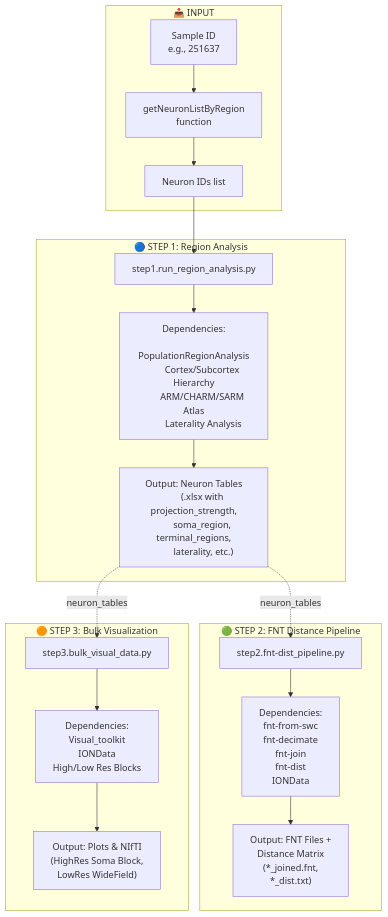
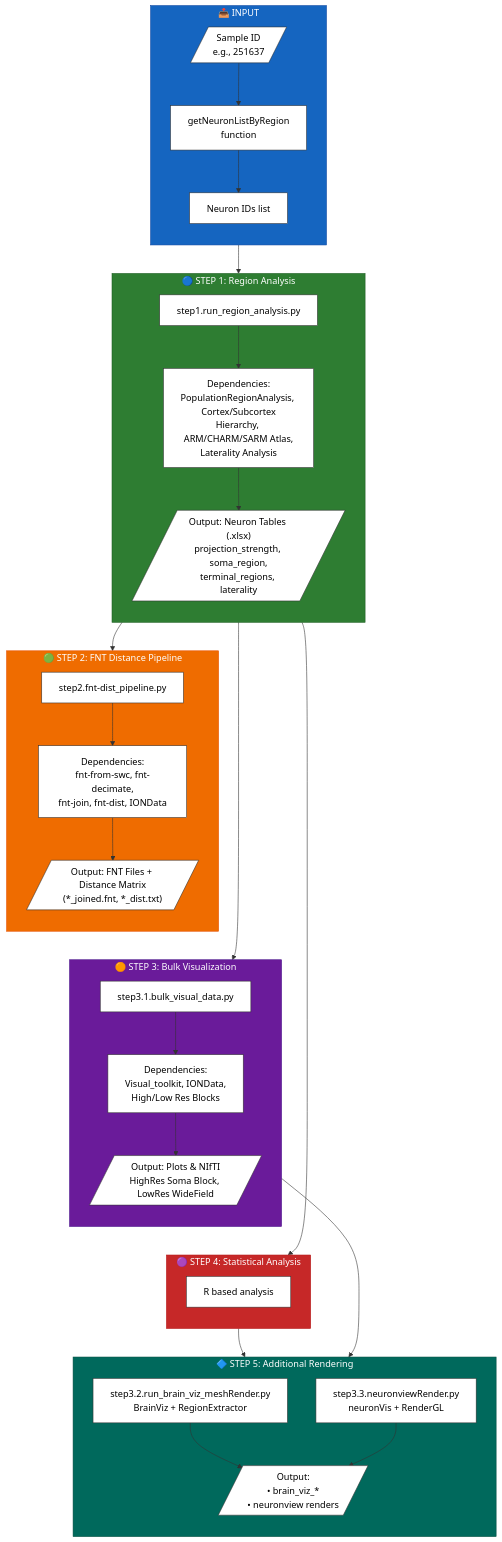
One commit to InteroAnat/projectome_analysis changed the first of 8 diagrams in main_scripts/PIPELINE_MINDMAP.md. Above: the diagram before and after it, drawn with Mermaid. The commit also changed other lines of this file and 25 other files, not shown here.

First line of the commit message:
docs: update pipeline documentation with Step 5 Additional Rendering

````diff
--- a/main_scripts/PIPELINE_MINDMAP.md
+++ b/main_scripts/PIPELINE_MINDMAP.md
@@ -48,60 +54,88 @@
 ```mermaid
 flowchart TB
+    %% Define styles with proper contrast
+    classDef default fill:#fff,stroke:#333,color:#000
+    classDef titleStyle fill:#424242,stroke:#212121,color:#fff,stroke-width:3px
+    classDef inputStyle fill:#e3f2fd,stroke:#1565c0,color:#000
+    classDef step1Style fill:#e8f5e9,stroke:#2e7d32,color:#000
+    classDef step2Style fill:#fff3e0,stroke:#ef6c00,color:#000
+    classDef step3Style fill:#fce4ec,stroke:#c2185b,color:#000
+    classDef step4Style fill:#e0f2f1,stroke:#00695c,color:#000
+    classDef outputStyle fill:#ffebee,stroke:#c62828,color:#000
+    classDef gap padding:30px,margin:30px
+
     subgraph Input["📥 INPUT"]
-        SID[Sample ID<br/>e.g., 251637]
+        direction TB
+        SID[/"Sample ID<br/>e.g., 251637"/]
         GL[getNeuronListByRegion<br/>function]
         NIDS[Neuron IDs list]
     end
 
     subgraph Step1["🔵 STEP 1: Region Analysis"]
+        direction TB
         S1[step1.run_region_analysis.py]
-        S1_deps[Dependencies:
-        PopulationRegionAnalysis
-        Cortex/Subcortex Hierarchy
-        ARM/CHARM/SARM Atlas
-        Laterality Analysis]
-        S1_out["Output: Neuron Tables
-        (.xlsx with projection_strength,
-        soma_region, terminal_regions,
-        laterality, etc.)"]
+        S1_deps[Dependencies:<br/>PopulationRegionAnalysis, Cortex/Subcortex<br/>Hierarchy, ARM/CHARM/SARM Atlas,<br/>Laterality Analysis]
+        S1_out[/"Output: Neuron Tables (.xlsx)<br/>projection_strength, soma_region,<br/>terminal_regions, laterality"/]
     end
 
     subgraph Step2["🟢 STEP 2: FNT Distance Pipeline"]
+        direction TB
         S2[step2.fnt-dist_pipeline.py]
-        S2_deps[Dependencies:
-        fnt-from-swc
-        fnt-decimate
-        fnt-join
-        fnt-dist
-        IONData]
-        S2_out["Output: FNT Files +
-        Distance Matrix
-        (*_joined.fnt,
-        *_dist.txt)"]
+        S2_deps[Dependencies:<br/>fnt-from-swc, fnt-decimate,<br/>fnt-join, fnt-dist, IONData]
+        S2_out[/"Output: FNT Files + Distance Matrix<br/>(*_joined.fnt, *_dist.txt)"/]
     end
 
     subgraph Step3["🟠 STEP 3: Bulk Visualization"]
-        S3[step3.bulk_visual_data.py]
-        S3_deps[Dependencies:
-        Visual_toolkit
-        IONData
-        High/Low Res Blocks]
-        S3_out["Output: Plots & NIfTI
-        (HighRes Soma Block,
-        LowRes WideField)"]
+        direction TB
+        S3[step3.1.bulk_visual_data.py]
+        S3_deps[Dependencies:<br/>Visual_toolkit, IONData,<br/>High/Low Res Blocks]
+        S3_out[/"Output: Plots & NIfTI<br/>HighRes Soma Block, LowRes WideField"/]
+    end
+    
+    subgraph Step4["🟣 STEP 4: Statistical Analysis"]
+        direction TB
+        S4[R based analysis]
+
+    end 
+
+    subgraph Step5["🔷 STEP 5: Additional Rendering"]
+        direction TB
+        S5A[step3.2.run_brain_viz_meshRender.py<br/>BrainViz + RegionExtractor]
+        S5B[step3.3.neuronviewRender.py<br/>neuronVis + RenderGL]
+       
+        S5_out[/"Output:<br/>• brain_viz_*<br/>• neuronview renders<br/>"/]
     end
 
-    SID --> GL
-    GL --> NIDS
-    NIDS --> S1
-    S1 --> S1_deps
-    S1_deps --> S1_out
+    %% Main vertical flow - sequential
+    SID --> GL --> NIDS --> S1 --> S1_deps --> S1_out
     
-    S1_out -.->|neuron_tables| S2
-    S2 --> S2_deps
-    S2_deps --> S2_out
+    %% Branching from S1_out to Step2 and Step3
+   
+
+    S2 --> S2_deps --> S2_out
     
-    S1_out -.->|neuron_tables| S3
-    S3 --> S3_deps
-    S3_deps --> S3_out
+
+    S3 --> S3_deps --> S3_out
+
+    S1_out --> Step2
+    S1_out --> Step3
+
+    S1_out --> Step4
+
+    Step2 ~~~ Step3 ~~~ Step4
+
+    S4 --> Step5
+    S3_out --> Step5
+    
+    S5A --> S5_out
+    S5B --> S5_out
+    
+
+    %% Apply dark background to subgraph titles
+    style Input fill:#1565c0,stroke:#0d47a1,color:#fff
+    style Step1 fill:#2e7d32,stroke:#1b5e20,color:#fff
+    style Step2 fill:#ef6c00,stroke:#e65100,color:#fff
+    style Step3 fill:#6a1b9a,stroke:#4a148c,color:#fff
+    style Step4 fill:#c62828,stroke:#b71c1c,color:#fff
+    style Step5 fill:#00695c,stroke:#004d40,color:#fff
 ```
````
